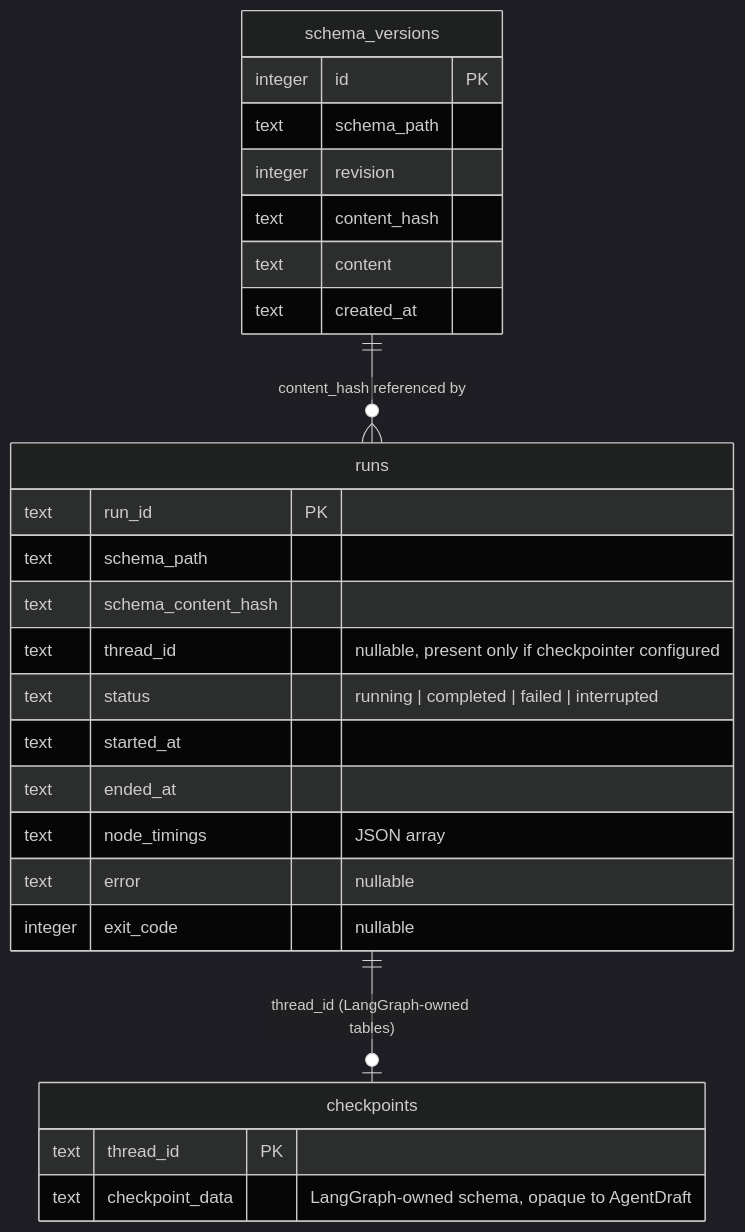
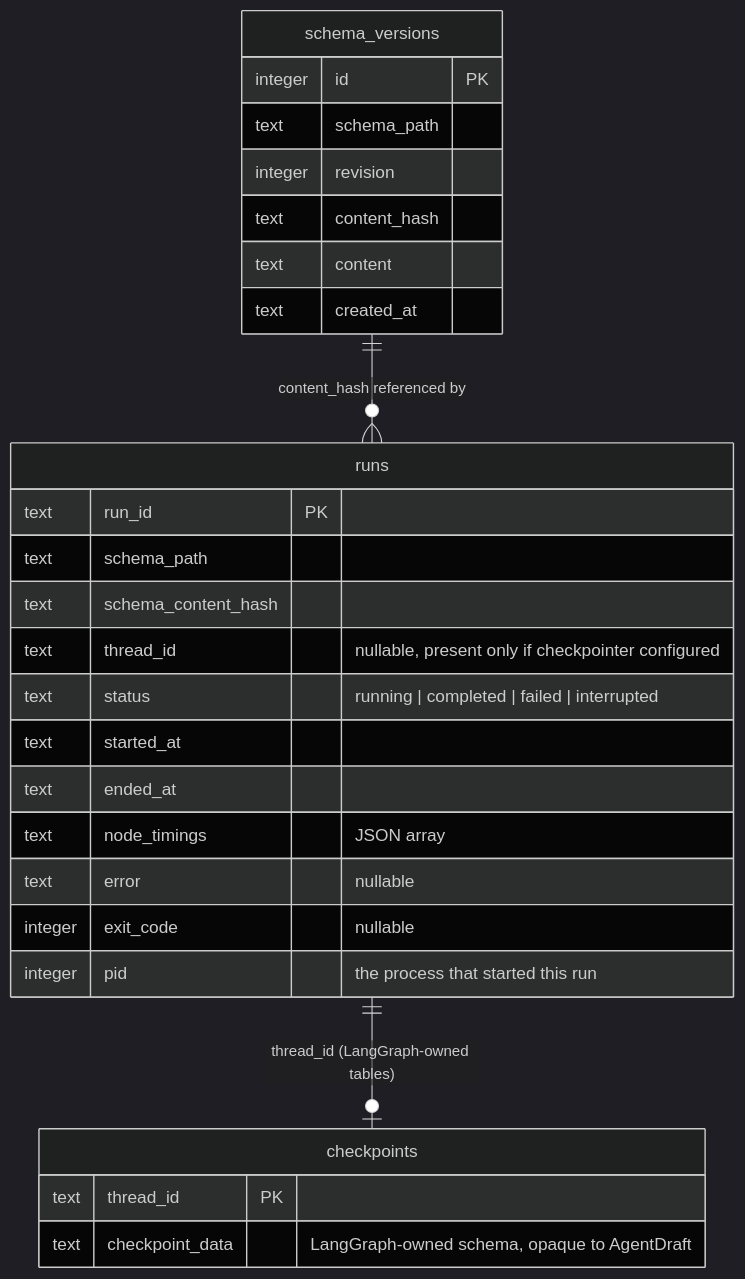
The diagram in docs/DATA-MODEL.md (rishav91/AgentDraft), drawn with Mermaid (dark theme) before and after one commit. The commit also changed other lines of this file and 8 other files, not shown here.

````diff
--- a/docs/DATA-MODEL.md
+++ b/docs/DATA-MODEL.md
@@ -9,30 +9,31 @@
 ```mermaid
 erDiagram
     schema_versions ||--o{ runs : "content_hash referenced by"
     runs ||--o| checkpoints : "thread_id (LangGraph-owned tables)"
 
     schema_versions {
         integer id PK
         text schema_path
         integer revision
         text content_hash
         text content
         text created_at
     }
     runs {
         text run_id PK
         text schema_path
         text schema_content_hash
         text thread_id "nullable, present only if checkpointer configured"
         text status "running | completed | failed | interrupted"
         text started_at
         text ended_at
         text node_timings "JSON array"
         text error "nullable"
         integer exit_code "nullable"
+        integer pid "the process that started this run"
     }
     checkpoints {
         text thread_id PK
         text checkpoint_data "LangGraph-owned schema, opaque to AgentDraft"
     }
 ```
````
